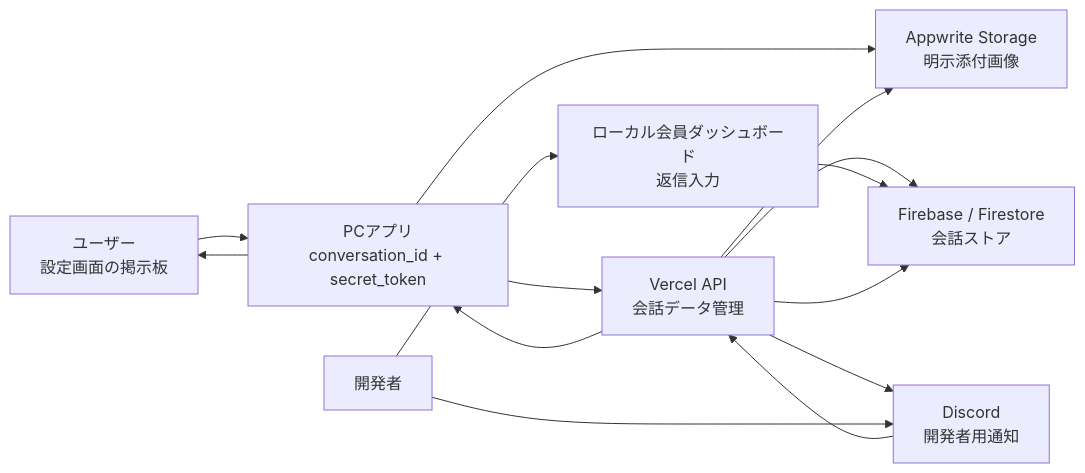
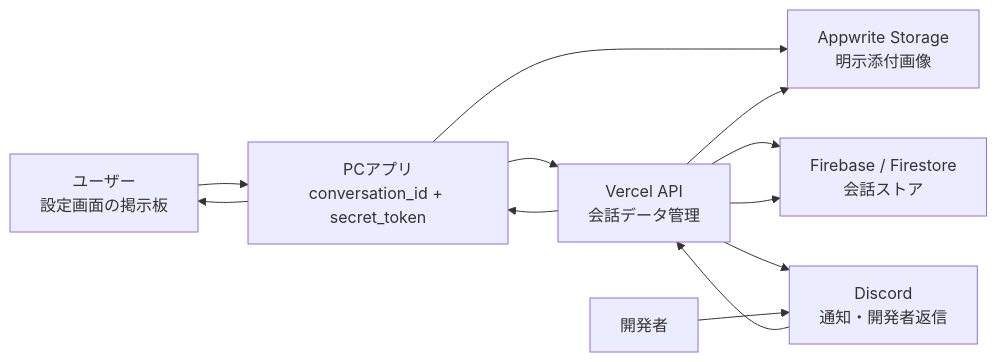
Before and after one commit to ore-no-fusen/ore-no-fusen: the first of 4 diagrams in docs-v2/007_COMMUNICATION.md, drawn with Mermaid. The commit also changed other lines of this file and 20 other files, not shown here.

````diff
--- a/docs-v2/007_COMMUNICATION.md
+++ b/docs-v2/007_COMMUNICATION.md
@@ -91,25 +91,22 @@
 ```mermaid
 flowchart LR
     User["ユーザー<br>設定画面の掲示板"]
     PC["PCアプリ<br>conversation_id + secret_token"]
     API["Vercel API<br>会話データ管理"]
     Firestore["Firebase / Firestore<br>会話ストア"]
     Storage["Appwrite Storage<br>明示添付画像"]
-    Discord["Discord<br>開発者用通知"]
-    Dash["ローカル会員ダッシュボード<br>返信入力"]
+    Discord["Discord<br>通知・開発者返信"]
     Dev["開発者"]
 
     User --> PC
     PC --> API
     PC --> Storage
     API --> Storage
     API --> Firestore
     API --> Discord
-    Dev --> Dash
-    Dash --> Firestore
     Dev --> Discord
     Discord --> API
     API --> Firestore
     API --> PC
     PC --> User
 ```
````
